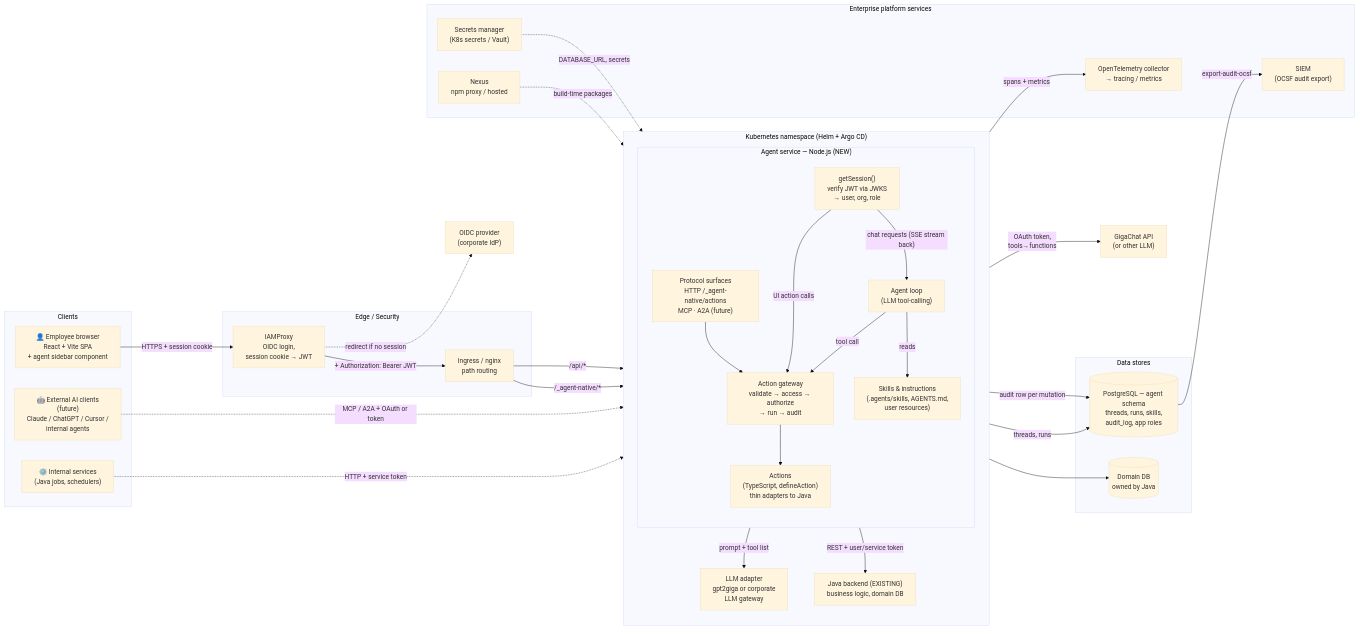
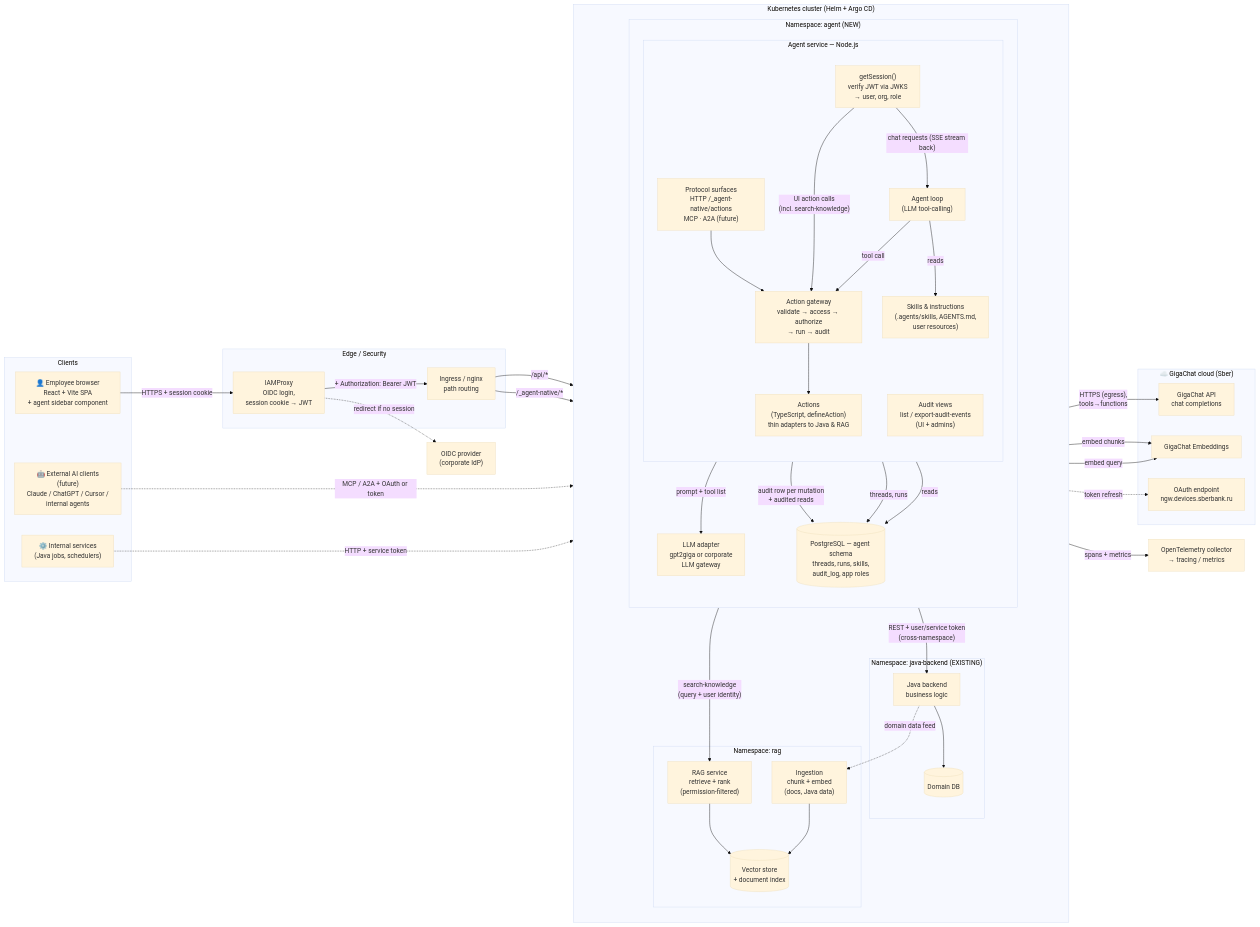
One commit to LudwigAndreas/agent-design-system changed the first of 8 diagrams in docs/architecture.md. Above: the diagram before and after it, drawn with Mermaid (base theme). The commit also changed other lines of this file, not shown here.

Commit message:
updated architecture

````diff
--- a/docs/architecture.md
+++ b/docs/architecture.md
@@ -66,37 +67,45 @@
 
     IDP["OIDC provider<br/>(corporate IdP)"]
 
-    %% ───────────── Platform (K8s) ─────────────
-    subgraph K8s["Kubernetes namespace (Helm + Argo CD)"]
+    %% ───────────── Kubernetes ─────────────
+    subgraph K8s["Kubernetes cluster (Helm + Argo CD)"]
         direction TB
 
-        subgraph Agent["Agent service — Node.js (NEW)"]
+        subgraph NSA["Namespace: agent (NEW)"]
             direction TB
-            AUTH["getSession()<br/>verify JWT via JWKS<br/>→ user, org, role"]
-            GATE["Action gateway<br/>validate → access → authorize<br/>→ run → audit"]
-            LOOP["Agent loop<br/>(LLM tool-calling)"]
-            ACT["Actions<br/>(TypeScript, defineAction)<br/>thin adapters to Java"]
-            SKL["Skills & instructions<br/>(.agents/skills, AGENTS.md,<br/>user resources)"]
-            PROTO["Protocol surfaces<br/>HTTP /_agent-native/actions<br/>MCP · A2A (future)"]
+            subgraph Agent["Agent service — Node.js"]
+                direction TB
+                AUTH["getSession()<br/>verify JWT via JWKS<br/>→ user, org, role"]
+                GATE["Action gateway<br/>validate → access → authorize<br/>→ run → audit"]
+                LOOP["Agent loop<br/>(LLM tool-calling)"]
+                ACT["Actions<br/>(TypeScript, defineAction)<br/>thin adapters to Java & RAG"]
+                SKL["Skills & instructions<br/>(.agents/skills, AGENTS.md,<br/>user resources)"]
+                PROTO["Protocol surfaces<br/>HTTP /_agent-native/actions<br/>MCP · A2A (future)"]
+                AUDV["Audit views<br/>list / export-audit-events<br/>(UI + admins)"]
+            end
+            LLMGW["LLM adapter<br/>gpt2giga or corporate<br/>LLM gateway"]
+            PGA[("PostgreSQL — agent schema<br/>threads, runs, skills,<br/>audit_log, app roles")]
         end
 
-        JAVA["Java backend (EXISTING)<br/>business logic, domain DB"]
-        LLMGW["LLM adapter<br/>gpt2giga or corporate<br/>LLM gateway"]
+        subgraph NSJ["Namespace: java-backend (EXISTING)"]
+            JAVA["Java backend<br/>business logic"]
+            PGJ[("Domain DB")]
+        end
+
+        subgraph NSR["Namespace: rag"]
+            RAG["RAG service<br/>retrieve + rank<br/>(permission-filtered)"]
+            VEC[("Vector store<br/>+ document index")]
+            ING["Ingestion<br/>chunk + embed<br/>(docs, Java data)"]
+        end
     end
 
-    subgraph Data["Data stores"]
-        PGA[("PostgreSQL — agent schema<br/>threads, runs, skills,<br/>audit_log, app roles")]
-        PGJ[("Domain DB<br/>owned by Java")]
+    subgraph Cloud["☁️ GigaChat cloud (Sber)"]
+        LLM["GigaChat API<br/>chat completions"]
+        EMB["GigaChat Embeddings"]
+        OAUTH["OAuth endpoint<br/>ngw.devices.sberbank.ru"]
     end
 
-    subgraph Ops["Enterprise platform services"]
-        OTEL["OpenTelemetry collector<br/>→ tracing / metrics"]
-        SIEM["SIEM<br/>(OCSF audit export)"]
-        VAULT["Secrets manager<br/>(K8s secrets / Vault)"]
-        NEXUS["Nexus<br/>npm proxy / hosted"]
-    end
-
-    LLM["GigaChat API<br/>(or other LLM)"]
+    OTEL["OpenTelemetry collector<br/>→ tracing / metrics"]
 
     %% ───────────── Calls ─────────────
     U -- "HTTPS + session cookie" --> IAM
@@ -109,21 +118,26 @@
     SVC -. "HTTP + service token" .-> PROTO
     PROTO --> GATE
 
-    AUTH -- "UI action calls" --> GATE
+    AUTH -- "UI action calls<br/>(incl. search-knowledge)" --> GATE
     AUTH -- "chat requests (SSE stream back)" --> LOOP
     LOOP -- "reads" --> SKL
     LOOP -- "prompt + tool list" --> LLMGW
-    LLMGW -- "OAuth token,<br/>tools→functions" --> LLM
+    LLMGW -- "HTTPS (egress),<br/>tools→functions" --> LLM
+    LLMGW -. "token refresh" .-> OAUTH
     LOOP -- "tool call" --> GATE
     GATE --> ACT
-    ACT -- "REST + user/service token" --> JAVA
+    ACT -- "REST + user/service token<br/>(cross-namespace)" --> JAVA
+    ACT -- "search-knowledge<br/>(query + user identity)" --> RAG
     JAVA --> PGJ
+    RAG --> VEC
+    ING --> VEC
+    ING -- "embed chunks" --> EMB
+    RAG -- "embed query" --> EMB
+    JAVA -. "domain data feed" .-> ING
 
-    GATE -- "audit row per mutation" --> PGA
+    GATE -- "audit row per mutation<br/>+ audited reads" --> PGA
     LOOP -- "threads, runs" --> PGA
+    AUDV -- "reads" --> PGA
 
     Agent -- "spans + metrics" --> OTEL
-    PGA -- "export-audit-ocsf" --> SIEM
-    VAULT -. "DATABASE_URL, secrets" .-> Agent
-    NEXUS -. "build-time packages" .-> Agent
 ```
````
